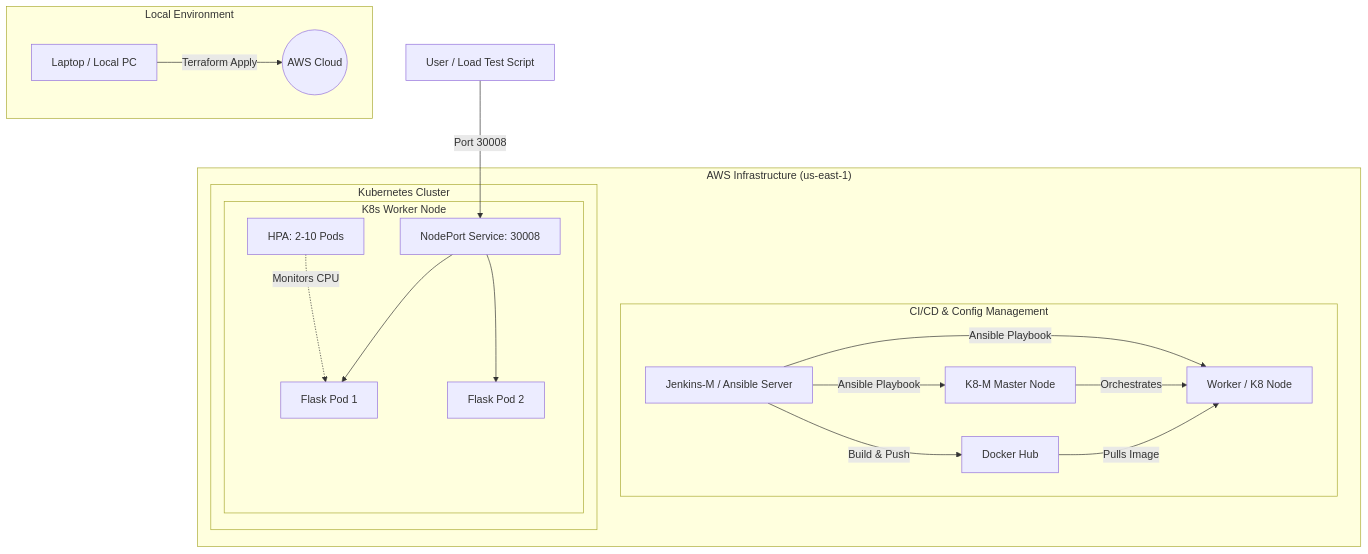
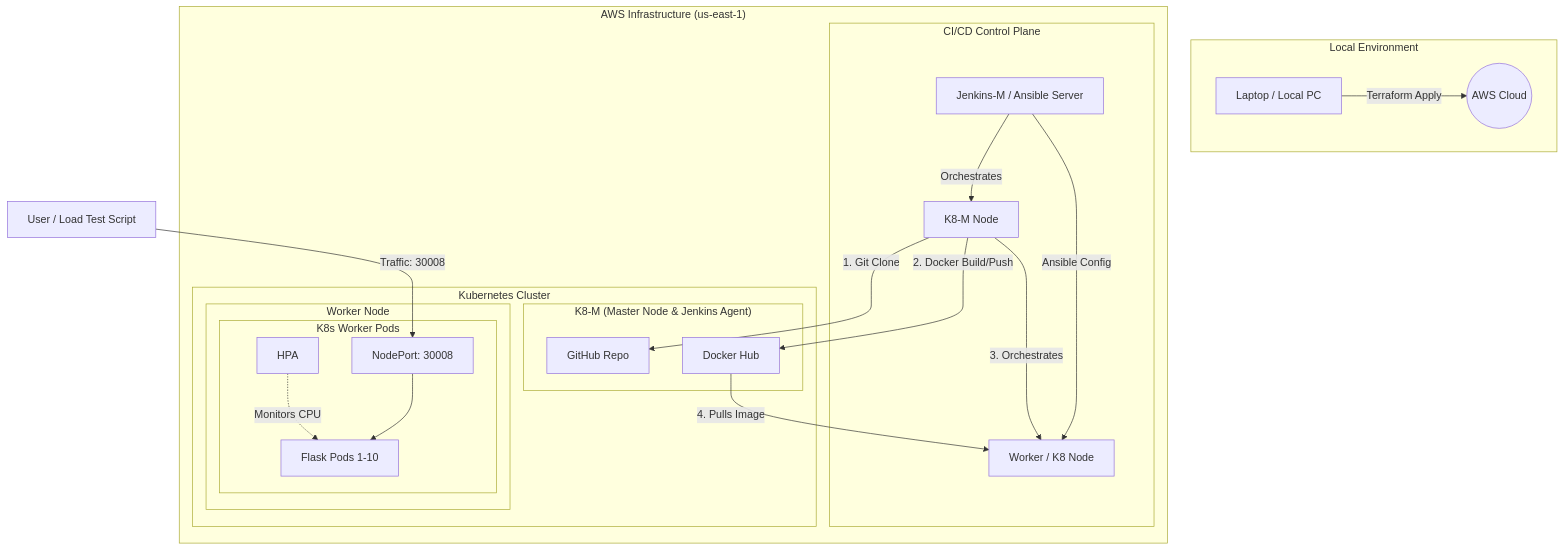
One commit to mpawar006/aws-cloud-scaling-infra changed the diagram in README.md. Above: the diagram before and after it, drawn with Mermaid.

````diff
--- a/README.md
+++ b/README.md
@@ -11,27 +11,31 @@
 ```mermaid
 graph TD
     subgraph "Local Environment"
         PC[Laptop / Local PC] -->|Terraform Apply| AWS((AWS Cloud))
     end
 
     subgraph "AWS Infrastructure (us-east-1)"
-        subgraph "CI/CD & Config Management"
-            JM[Jenkins-M / Ansible Server] -->|Ansible Playbook| K8M[K8-M Master Node]
-            JM -->|Ansible Playbook| WK[Worker / K8 Node]
-            JM -->|Build & Push| DH[Docker Hub]
+        subgraph "CI/CD Control Plane"
+            JM[Jenkins-M / Ansible Server] -->|Orchestrates| K8M
+            JM -->|Ansible Config| WK[Worker / K8 Node]
         end
 
         subgraph "Kubernetes Cluster"
-            K8M -->|Orchestrates| WK
-            DH -->|Pulls Image| WK
+            subgraph "K8-M (Master Node & Jenkins Agent)"
+                K8M[K8-M Node] -->|1. Git Clone| Git[GitHub Repo]
+                K8M -->|2. Docker Build/Push| DH[Docker Hub]
+                K8M -->|3. Orchestrates| WK
+            end
             
-            subgraph "K8s Worker Node"
-                NP[NodePort Service: 30008] --> Pod1[Flask Pod 1]
-                NP --> Pod2[Flask Pod 2]
-                HPA[HPA: 2-10 Pods] -.->|Monitors CPU| Pod1
+            subgraph "Worker Node"
+                DH -->|4. Pulls Image| WK
+                subgraph "K8s Worker Pods"
+                    NP[NodePort: 30008] --> Pods[Flask Pods 1-10]
+                    HPA[HPA] -.->|Monitors CPU| Pods
+                end
             end
         end
     end
 
-    User[User / Load Test Script] -->|Port 30008| NP
+    User[User / Load Test Script] -->|Traffic: 30008| NP
 ```
````
